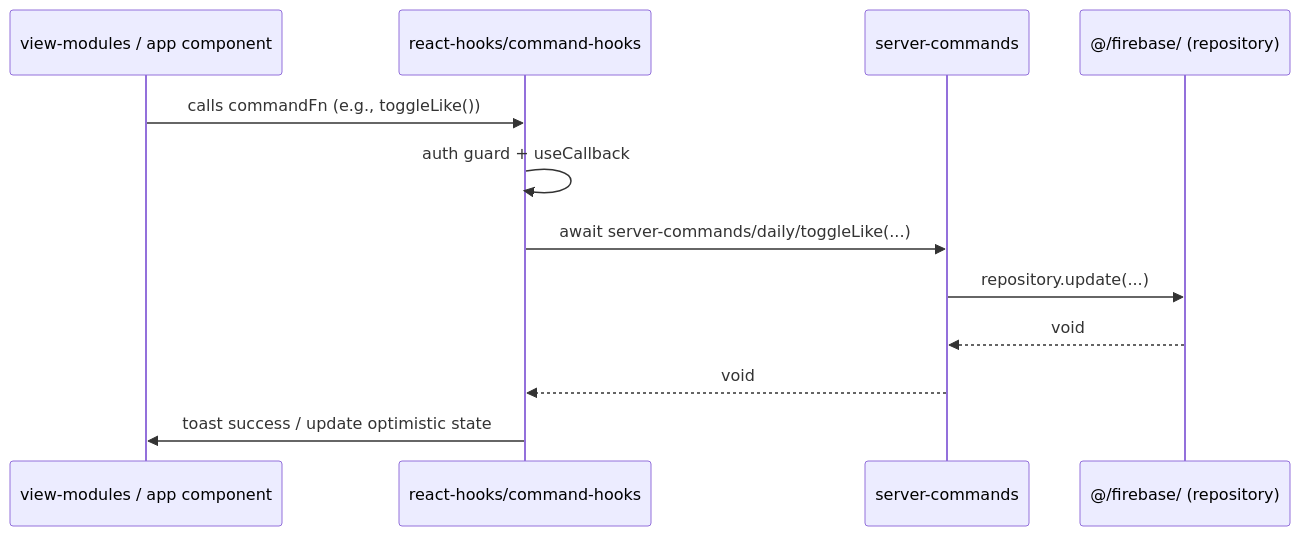
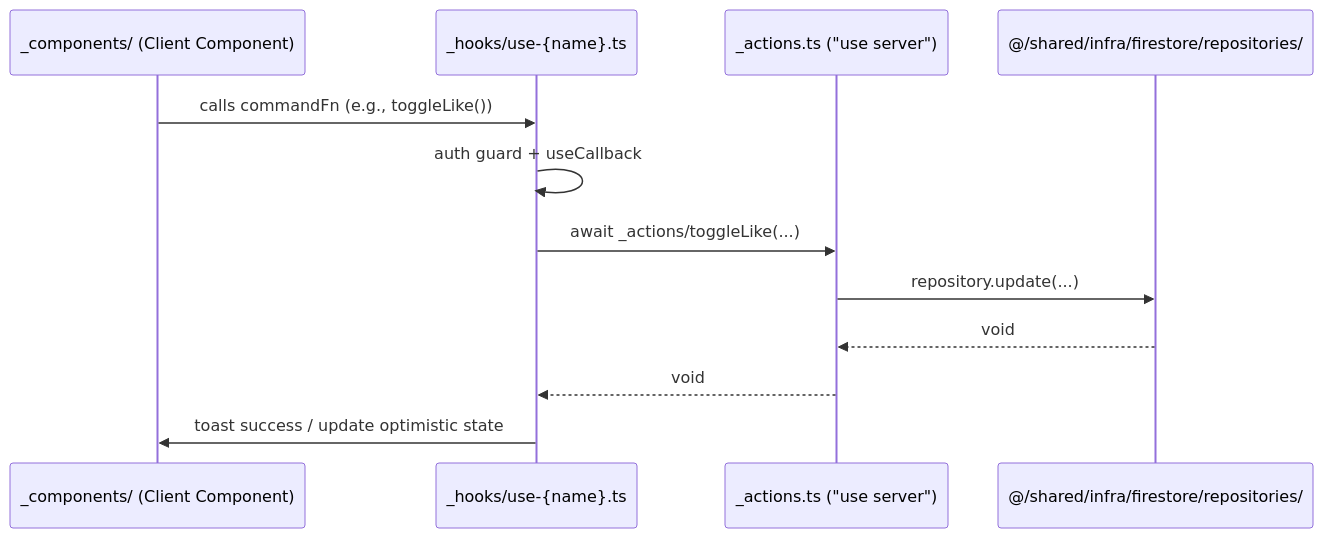
One commit to 7Spade/xuanwu-xxx changed the first of 4 diagrams in src/shared/FLOWS.md. Above: the diagram before and after it, drawn with Mermaid. The commit also changed other lines of this file and 9 other files, not shown here.

````diff
--- a/src/shared/FLOWS.md
+++ b/src/shared/FLOWS.md
@@ -31,15 +31,15 @@
 ```mermaid
 sequenceDiagram
-    participant UI as view-modules / app component
-    participant Hook as react-hooks/command-hooks
-    participant Cmd as server-commands
-    participant FB as @/firebase/ (repository)
+    participant UI as _components/ (Client Component)
+    participant Hook as _hooks/use-{name}.ts
+    participant Action as _actions.ts ("use server")
+    participant Repo as @/shared/infra/firestore/repositories/
 
     UI->>Hook: calls commandFn (e.g., toggleLike())
     Hook->>Hook: auth guard + useCallback
-    Hook->>Cmd: await server-commands/daily/toggleLike(...)
-    Cmd->>FB: repository.update(...)
-    FB-->>Cmd: void
-    Cmd-->>Hook: void
+    Hook->>Action: await _actions/toggleLike(...)
+    Action->>Repo: repository.update(...)
+    Repo-->>Action: void
+    Action-->>Hook: void
     Hook->>UI: toast success / update optimistic state
 ```
````
